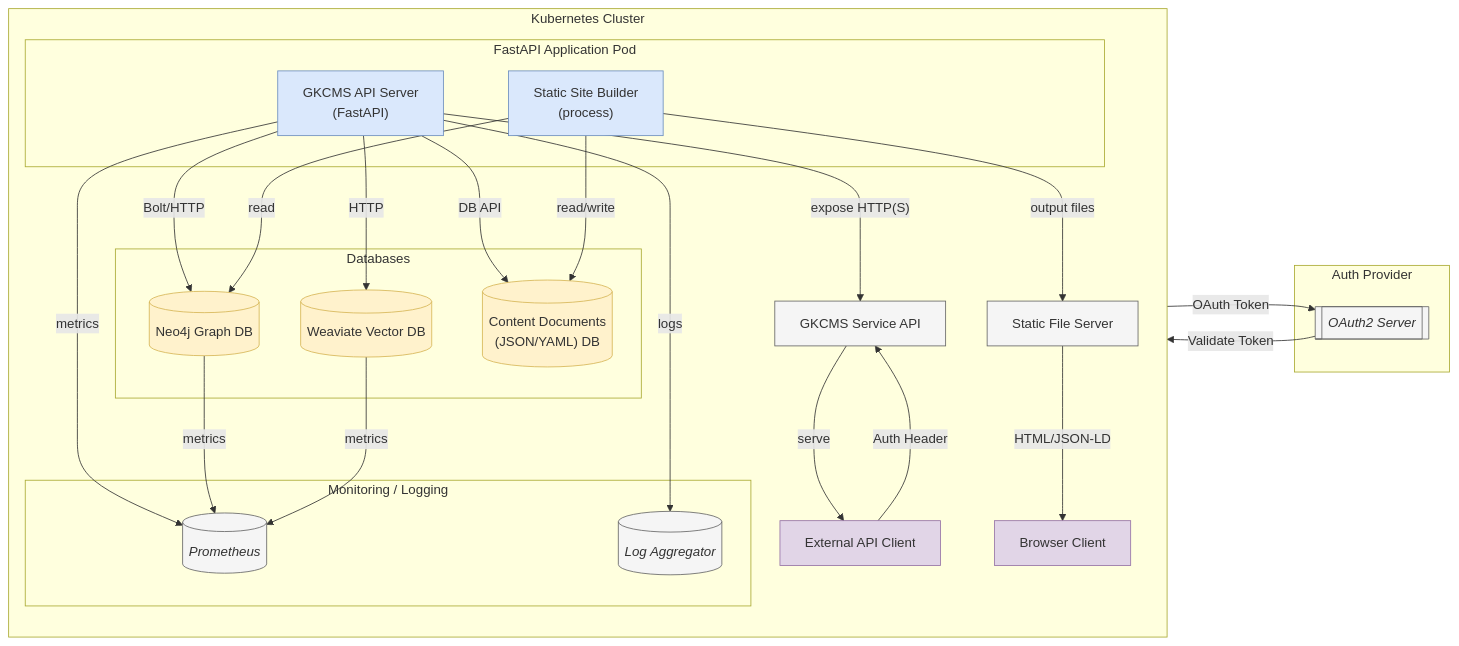
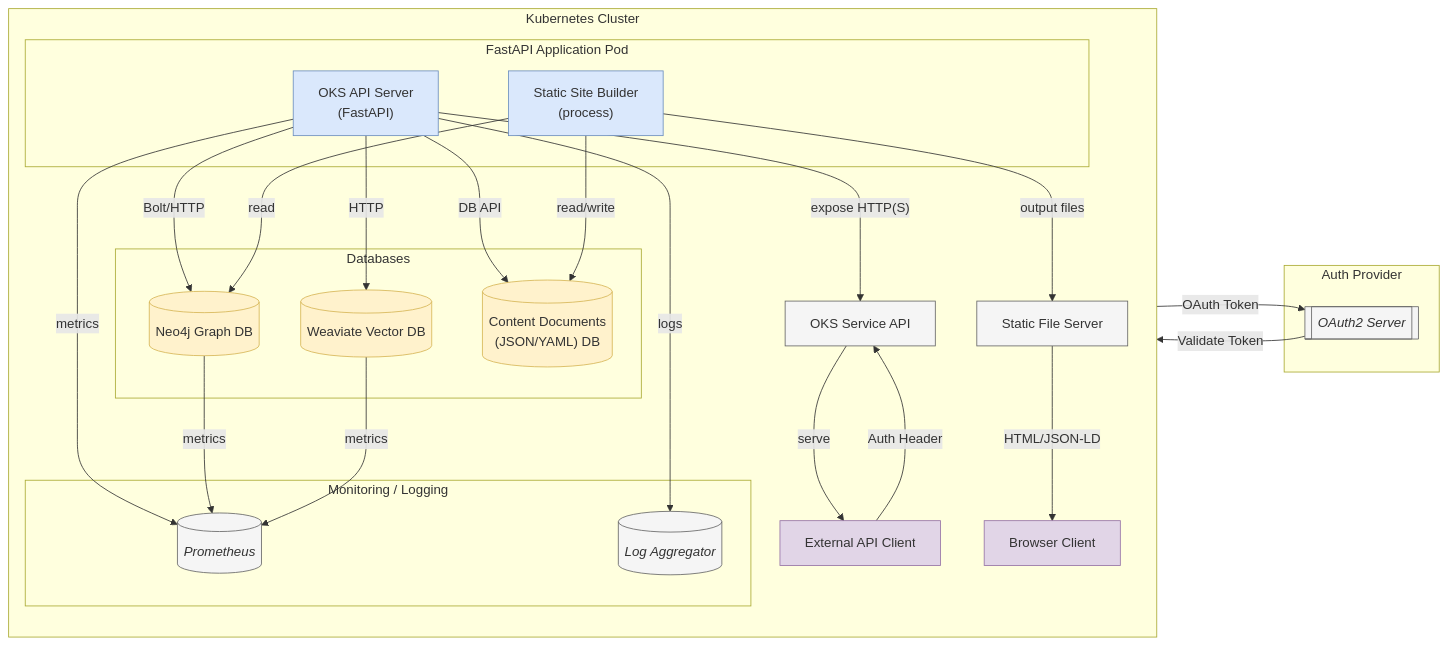
Before and after one commit to mattbriggs/enterprise-knowledge-base: the fourth of 5 diagrams in content/02_overall_description.md, drawn with Mermaid. The commit also changed other lines of this file and 3 other files, not shown here.

````diff
--- a/content/02_overall_description.md
+++ b/content/02_overall_description.md
@@ -351,53 +351,53 @@
 ```mermaid
 flowchart LR;
     subgraph Kubernetes_Cluster["Kubernetes Cluster"]
       direction TB;
 
       subgraph AppPod["FastAPI Application Pod"]
-         APISrv["GKCMS API Server<br/>(FastAPI)"]:::container
+         APISrv["OKS API Server<br/>(FastAPI)"]:::container
          StaticBuilder["Static Site Builder<br/>(process)"]:::container
       end
 
       subgraph DataTier["Databases"]
          Neo4jDB[("Neo4j Graph DB")]:::db
          WeavDB[("Weaviate Vector DB")]:::db
          DocStore[("Content Documents<br/>(JSON/YAML) DB")]:::db
       end
 
       subgraph MonitoringStack["Monitoring / Logging"]
          Prometheus[("Prometheus")]:::ext
          LogAgent[("Log Aggregator")]:::ext
       end
 
       APISrv -- "Bolt/HTTP" --> Neo4jDB;
       APISrv -- "HTTP" --> WeavDB;
       APISrv -- "DB API" --> DocStore;
       StaticBuilder -- "read/write" --> DocStore;
       StaticBuilder -- "read" --> Neo4jDB;
 
-      APISrv -- "expose HTTP(S)" --> K8sService["GKCMS Service API"]:::service;
+      APISrv -- "expose HTTP(S)" --> K8sService["OKS Service API"]:::service;
       K8sService -- "serve" --> APIClientExt["External API Client"]:::user;
 
       StaticBuilder -- "output files" --> WebServer["Static File Server"]:::service;
       WebServer -- "HTML/JSON-LD" --> EndUserClient["Browser Client"]:::user;
 
       APISrv -- "metrics" --> Prometheus;
       APISrv -- "logs" --> LogAgent;
       Neo4jDB -- "metrics" --> Prometheus;
       WeavDB -- "metrics" --> Prometheus;
     end
 
     subgraph AuthSystem["Auth Provider"]
       AuthServer[["OAuth2 Server"]]:::ext
     end
 
     APIClientExt -- "OAuth Token" --> AuthServer;
     APIClientExt -- "Auth Header" --> K8sService;
     AuthServer -- "Validate Token" --> APISrv;
 
     classDef container fill:#dae8fc,stroke:#6c8ebf;
     classDef db fill:#fff2cc,stroke:#d6b656;
     classDef service fill:#f5f5f5,stroke:#666;
     classDef ext fill:#f5f5f5,stroke:#666,font-style:italic;
     classDef user fill:#e1d5e7,stroke:#9673a6;
 ```
````
